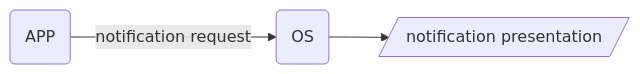
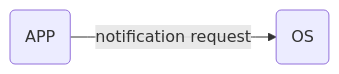
The first of 4 diagrams in Knowledge/engineering/electronics/software/Android/notification/android_notification_system.md (SuxinL/Notes), drawn with Mermaid before and after one commit. The commit also changed other lines of this file and 63 other files, not shown here.

````diff
--- a/Knowledge/engineering/electronics/software/Android/notification/android_notification_system.md
+++ b/Knowledge/engineering/electronics/software/Android/notification/android_notification_system.md
@@ -40,7 +39,7 @@
                     ```mermaid
                     flowchart LR
                     A(APP)
                     O(OS)
 
-                    A -->|notification request| O --> N[/notification presentation/]
+                    A -->|notification request| O
                     ```
````
